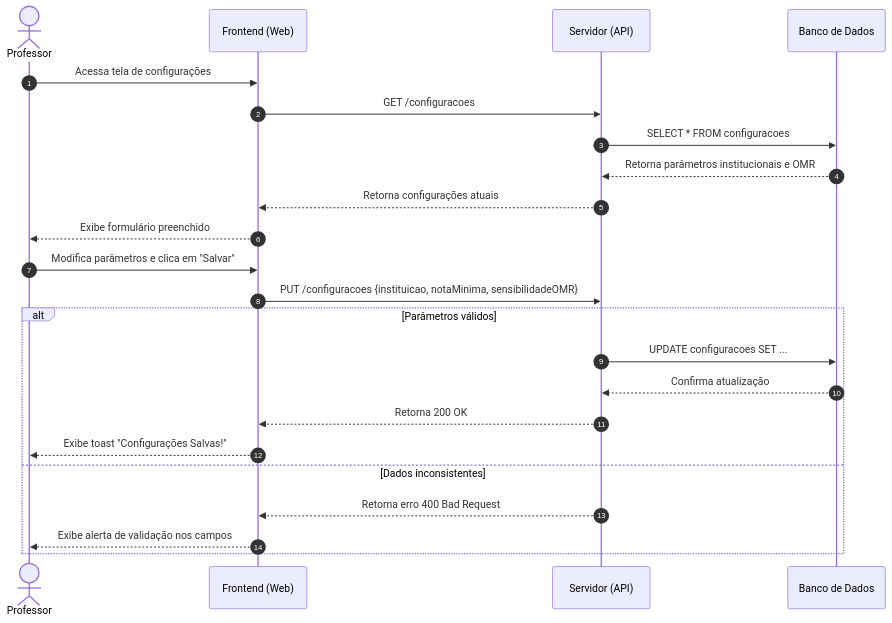
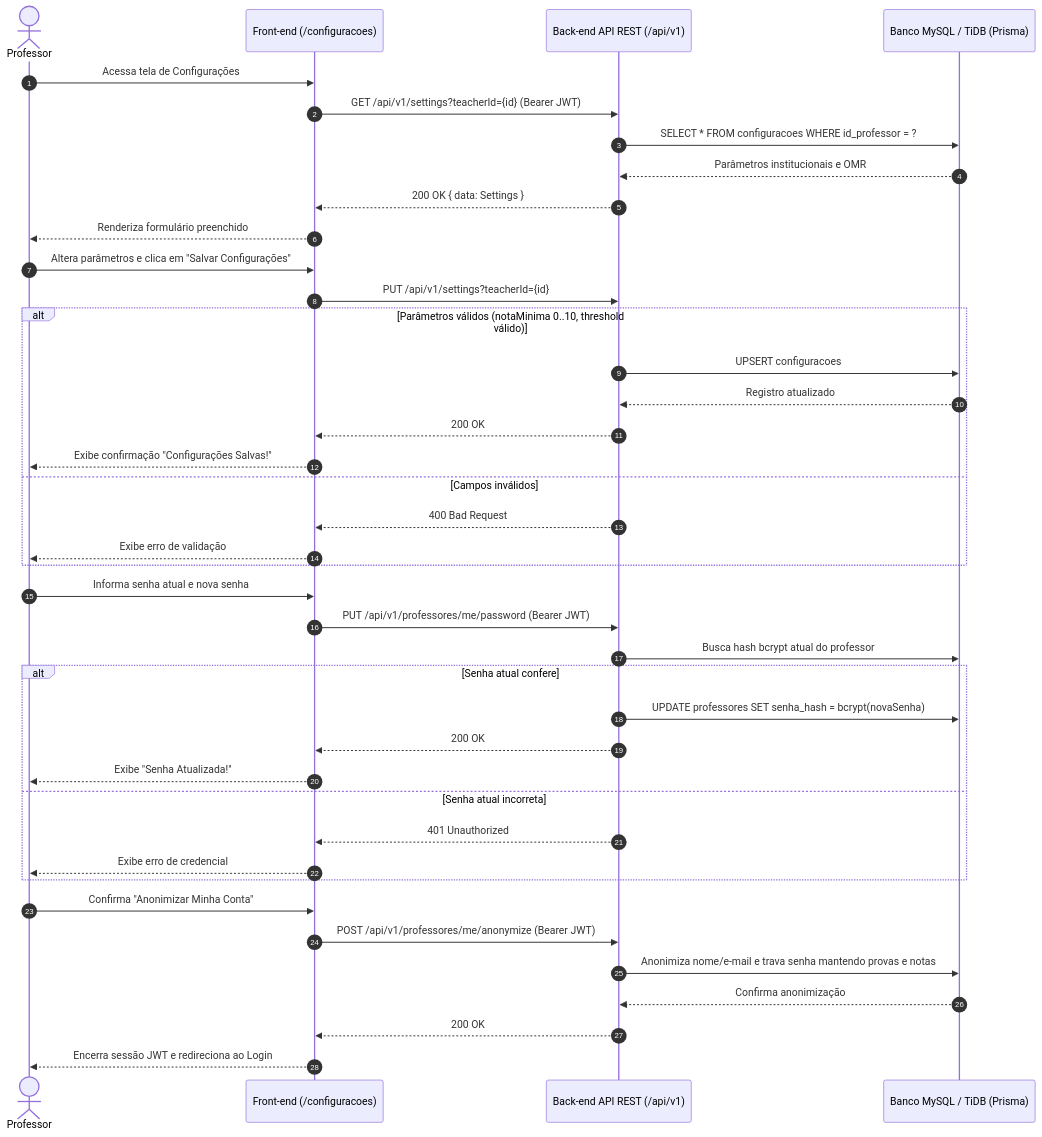
One commit to Projeto-Arquitetura-de-Software-Grupo-9/front-end changed the diagram in docs/diagramas/sequencia/configuracoes.md. Above: the diagram before and after it, drawn with Mermaid. The commit also changed other lines of this file and 27 other files, not shown here.

Commit message:
feat(frontend): implement pure-TS OMR engine, strict camera validation, real backend JWT auth, and update full documentation

````diff
--- a/docs/diagramas/sequencia/configuracoes.md
+++ b/docs/diagramas/sequencia/configuracoes.md
@@ -13,30 +5,50 @@
 ```mermaid
 sequenceDiagram
     autonumber
     actor Professor as Professor
-    participant Frontend as Frontend (Web)
-    participant Servidor as Servidor (API)
-    participant BancoDeDados as Banco de Dados
+    participant Frontend as Front-end (/configuracoes)
+    participant API as Back-end API REST (/api/v1)
+    participant DB as Banco MySQL / TiDB (Prisma)
 
-    %% Leitura
-    Professor->>Frontend: Acessa tela de configurações
-    Frontend->>Servidor: GET /configuracoes
-    Servidor->>BancoDeDados: SELECT * FROM configuracoes
-    BancoDeDados-->>Servidor: Retorna parâmetros institucionais e OMR
-    Servidor-->>Frontend: Retorna configurações atuais
-    Frontend-->>Professor: Exibe formulário preenchido
+    %% Carregamento de Configurações
+    Professor->>Frontend: Acessa tela de Configurações
+    Frontend->>API: GET /api/v1/settings?teacherId={id} (Bearer JWT)
+    API->>DB: SELECT * FROM configuracoes WHERE id_professor = ?
+    DB-->>API: Parâmetros institucionais e OMR
+    API-->>Frontend: 200 OK { data: Settings }
+    Frontend-->>Professor: Renderiza formulário preenchido
 
-    %% Salvamento
-    Professor->>Frontend: Modifica parâmetros e clica em "Salvar"
-    Frontend->>Servidor: PUT /configuracoes {instituicao, notaMinima, sensibilidadeOMR}
+    %% Atualização de Configurações
+    Professor->>Frontend: Altera parâmetros e clica em "Salvar Configurações"
+    Frontend->>API: PUT /api/v1/settings?teacherId={id}
+    alt Parâmetros válidos (notaMinima 0..10, threshold válido)
+        API->>DB: UPSERT configuracoes
+        DB-->>API: Registro atualizado
+        API-->>Frontend: 200 OK
+        Frontend-->>Professor: Exibe confirmação "Configurações Salvas!"
+    else Campos inválidos
+        API-->>Frontend: 400 Bad Request
+        Frontend-->>Professor: Exibe erro de validação
+    end
 
-    alt Parâmetros válidos
-        Servidor->>BancoDeDados: UPDATE configuracoes SET ...
-        BancoDeDados-->>Servidor: Confirma atualização
-        Servidor-->>Frontend: Retorna 200 OK
-        Frontend-->>Professor: Exibe toast "Configurações Salvas!"
-    else Dados inconsistentes
-        Servidor-->>Frontend: Retorna erro 400 Bad Request
-        Frontend-->>Professor: Exibe alerta de validação nos campos
+    %% Alteração de Senha Autenticada
+    Professor->>Frontend: Informa senha atual e nova senha
+    Frontend->>API: PUT /api/v1/professores/me/password (Bearer JWT)
+    API->>DB: Busca hash bcrypt atual do professor
+    alt Senha atual confere
+        API->>DB: UPDATE professores SET senha_hash = bcrypt(novaSenha)
+        API-->>Frontend: 200 OK
+        Frontend-->>Professor: Exibe "Senha Atualizada!"
+    else Senha atual incorreta
+        API-->>Frontend: 401 Unauthorized
+        Frontend-->>Professor: Exibe erro de credencial
     end
+
+    %% Anonimização LGPD
+    Professor->>Frontend: Confirma "Anonimizar Minha Conta"
+    Frontend->>API: POST /api/v1/professores/me/anonymize (Bearer JWT)
+    API->>DB: Anonimiza nome/e-mail e trava senha mantendo provas e notas
+    DB-->>API: Confirma anonimização
+    API-->>Frontend: 200 OK
+    Frontend-->>Professor: Encerra sessão JWT e redireciona ao Login
 ```
````
